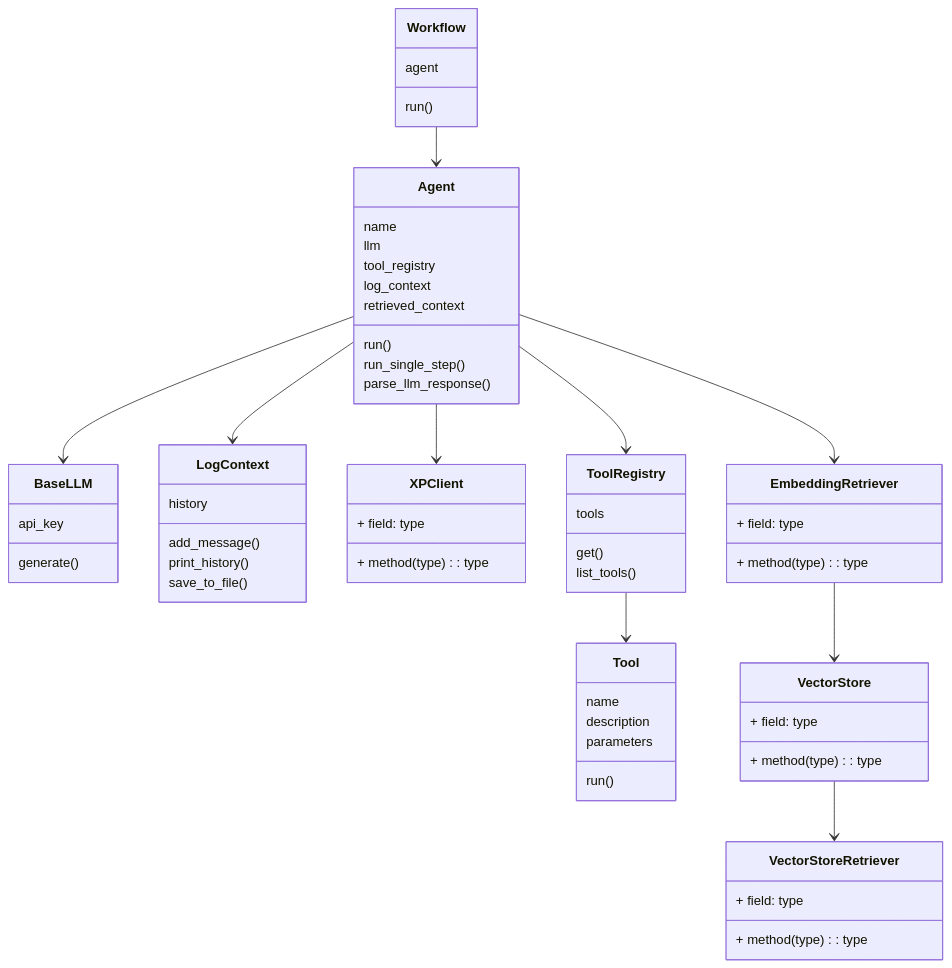
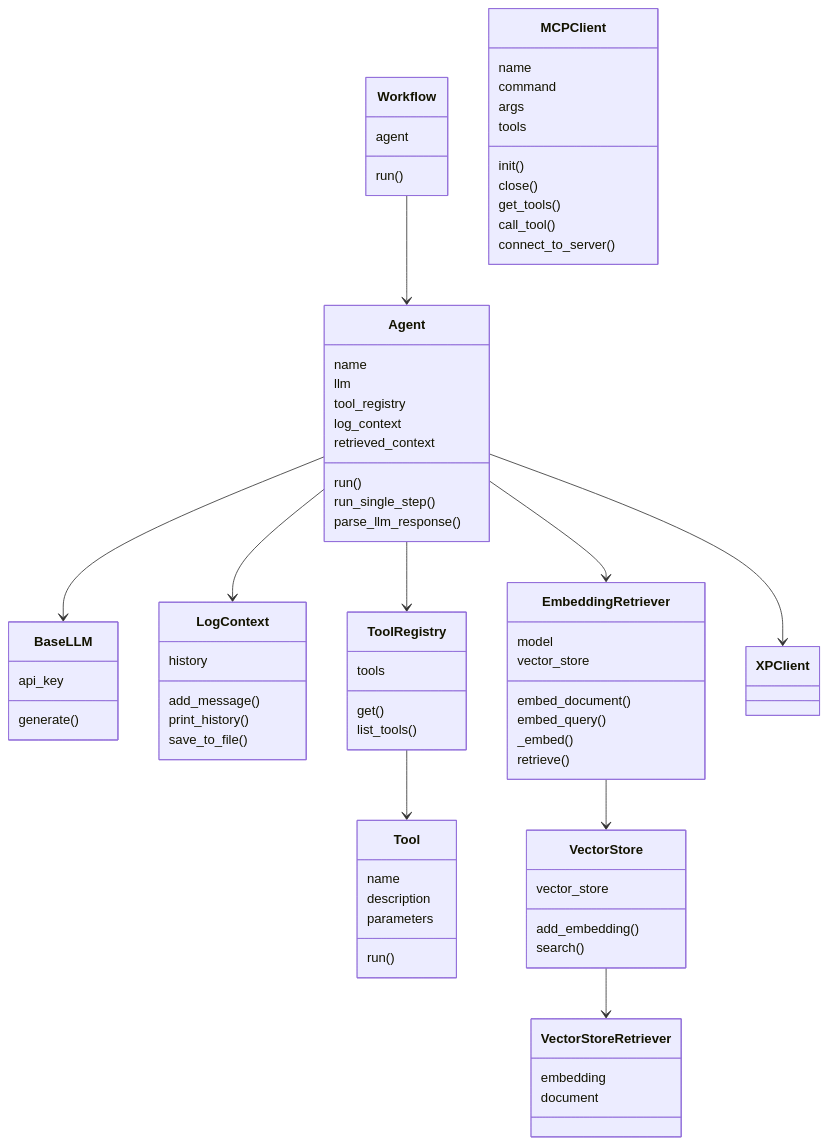
The diagram in README.md (BV003/ArgoAgent), drawn with Mermaid before and after one commit. The commit also changed 2 other files, not shown here.

Commit message:
readme类图

```diff
--- a/README.md
+++ b/README.md
@@ -103,9 +103,16 @@
         save_to_file()
     }
 
-    class XPClient {
-        + field: type
-        + method(type): type
+    class MCPClient {
+        name
+        command
+        args
+        tools
+        init()
+        close()
+        get_tools()
+        call_tool()
+        connect_to_server()
     }
 
     class ToolRegistry {
@@ -122,18 +129,23 @@
     }
 
     class EmbeddingRetriever {
-        + field: type
-        + method(type): type
+        model
+        vector_store
+        embed_document()
+        embed_query()
+        _embed()
+        retrieve()
     }
 
     class VectorStore {
-        + field: type
-        + method(type): type
+        vector_store
+        add_embedding()
+        search()
     }
 
     class VectorStoreRetriever {
-        + field: type
-        + method(type): type
+        embedding
+        document
     }
 
     Workflow --> Agent
```
